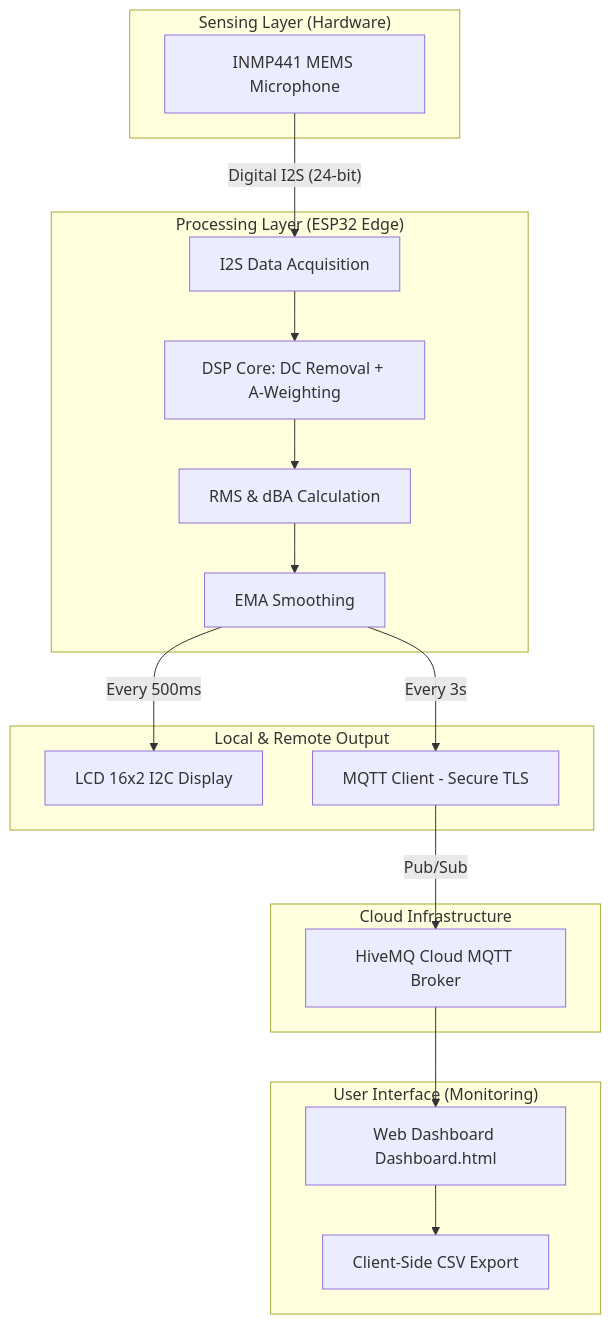
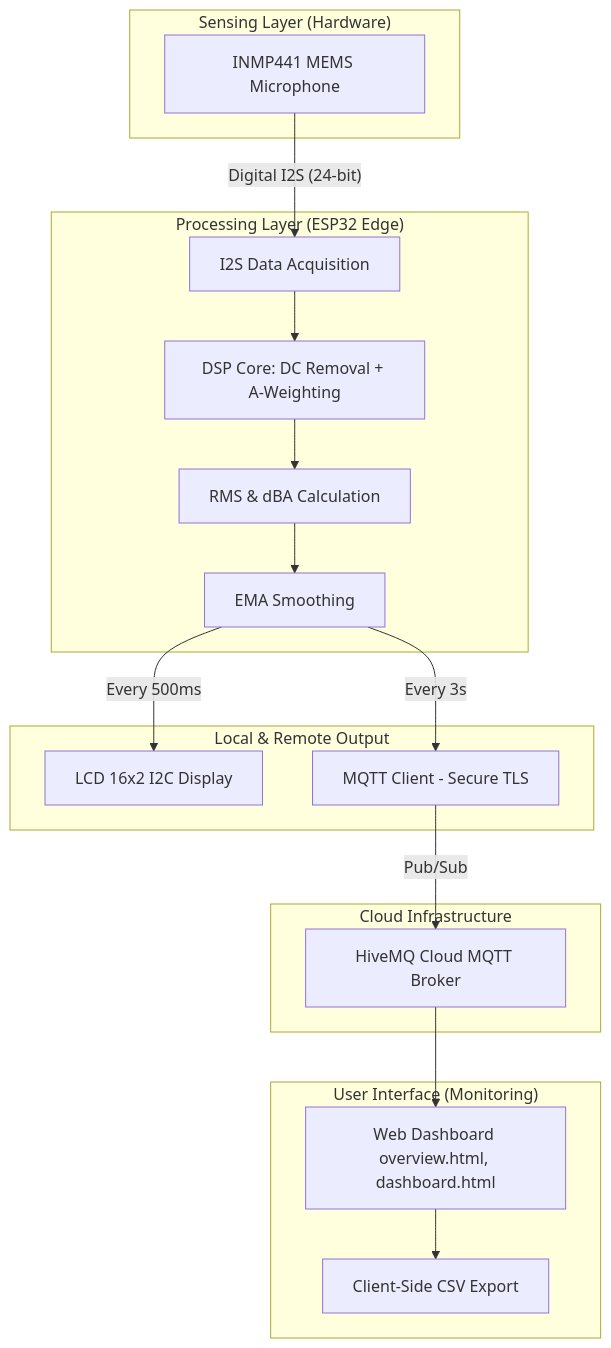
One commit to alfonsomzrtt/acoustic-level-monitoring changed the first of 2 diagrams in README.md. Above: the diagram before and after it, drawn with Mermaid.

````diff
--- a/README.md
+++ b/README.md
@@ -19,37 +19,37 @@
 ```mermaid
 graph TD
     subgraph Sensing["Sensing Layer (Hardware)"]
         A[INMP441 MEMS Microphone]
     end
 
     subgraph Processing["Processing Layer (ESP32 Edge)"]
         B[I2S Data Acquisition]
         C[DSP Core: DC Removal + A-Weighting]
         D[RMS & dBA Calculation]
         E[EMA Smoothing]
     end
 
     subgraph Display["Local & Remote Output"]
         F[LCD 16x2 I2C Display]
         G[MQTT Client - Secure TLS]
     end
 
     subgraph Cloud["Cloud Infrastructure"]
         H[HiveMQ Cloud MQTT Broker]
     end
 
     subgraph Web["User Interface (Monitoring)"]
-        I[Web Dashboard Dashboard.html]
+        I[Web Dashboard overview.html, dashboard.html]
         J[Client-Side CSV Export]
     end
 
     A -- "Digital I2S (24-bit)" --> B
     B --> C
     C --> D
     D --> E
     E -- "Every 500ms" --> F
     E -- "Every 3s" --> G
     G -- "Pub/Sub" --> H
     H --> I
     I --> J
 ```
````
